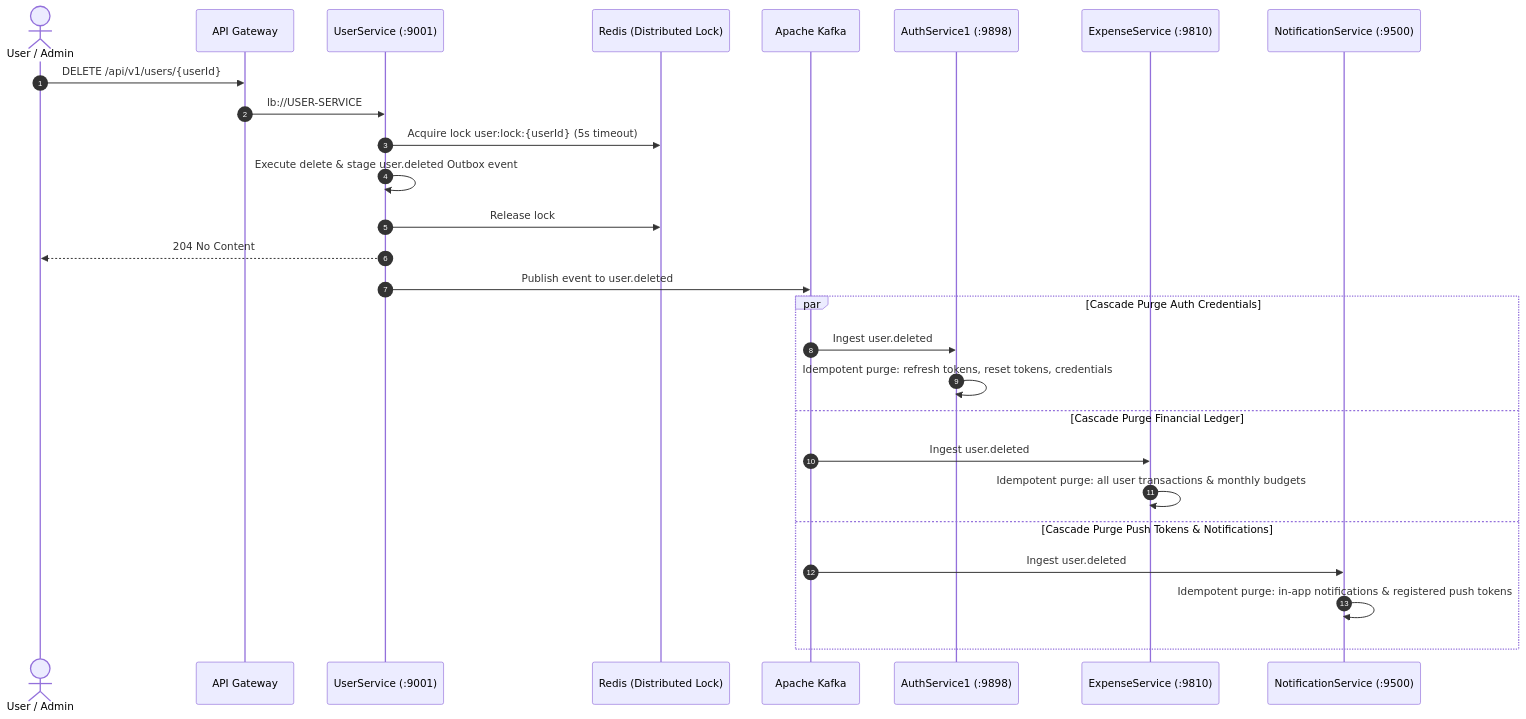
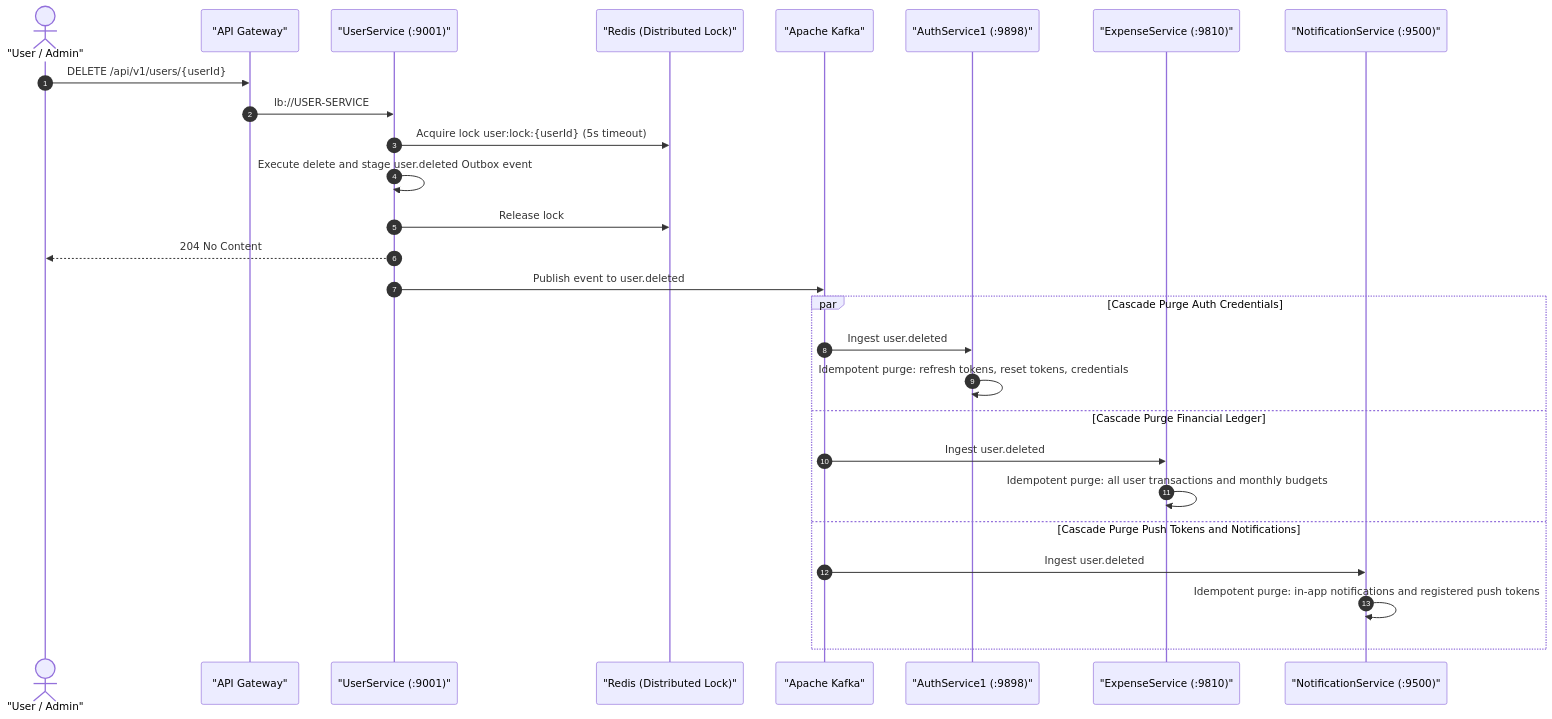
The fifth of 5 diagrams in backend/README.md (sagr612/Fintrack), drawn with Mermaid before and after one commit. The commit also changed other lines of this file and 3 other files, not shown here.

````diff
--- a/backend/README.md
+++ b/backend/README.md
@@ -208,32 +228,32 @@
 ```mermaid
 sequenceDiagram
     autonumber
-    actor Admin as User / Admin
-    participant Gateway as API Gateway
-    participant UserSvc as UserService (:9001)
-    participant Redis as Redis (Distributed Lock)
-    participant Kafka as Apache Kafka
-    participant AuthSvc as AuthService1 (:9898)
-    participant ExpenseSvc as ExpenseService (:9810)
-    participant NotifSvc as NotificationService (:9500)
+    actor Admin as "User / Admin"
+    participant Gateway as "API Gateway"
+    participant UserSvc as "UserService (:9001)"
+    participant Redis as "Redis (Distributed Lock)"
+    participant Kafka as "Apache Kafka"
+    participant AuthSvc as "AuthService1 (:9898)"
+    participant ExpenseSvc as "ExpenseService (:9810)"
+    participant NotifSvc as "NotificationService (:9500)"
 
     Admin->>Gateway: DELETE /api/v1/users/{userId}
     Gateway->>UserSvc: lb://USER-SERVICE
     UserSvc->>Redis: Acquire lock user:lock:{userId} (5s timeout)
-    UserSvc->>UserSvc: Execute delete & stage user.deleted Outbox event
+    UserSvc->>UserSvc: Execute delete and stage user.deleted Outbox event
     UserSvc->>Redis: Release lock
     UserSvc-->>Admin: 204 No Content
 
     UserSvc->>Kafka: Publish event to user.deleted
     
     par Cascade Purge Auth Credentials
         Kafka->>AuthSvc: Ingest user.deleted
         AuthSvc->>AuthSvc: Idempotent purge: refresh tokens, reset tokens, credentials
     and Cascade Purge Financial Ledger
         Kafka->>ExpenseSvc: Ingest user.deleted
-        ExpenseSvc->>ExpenseSvc: Idempotent purge: all user transactions & monthly budgets
-    and Cascade Purge Push Tokens & Notifications
+        ExpenseSvc->>ExpenseSvc: Idempotent purge: all user transactions and monthly budgets
+    and Cascade Purge Push Tokens and Notifications
         Kafka->>NotifSvc: Ingest user.deleted
-        NotifSvc->>NotifSvc: Idempotent purge: in-app notifications & registered push tokens
+        NotifSvc->>NotifSvc: Idempotent purge: in-app notifications and registered push tokens
     end
 ```
````
